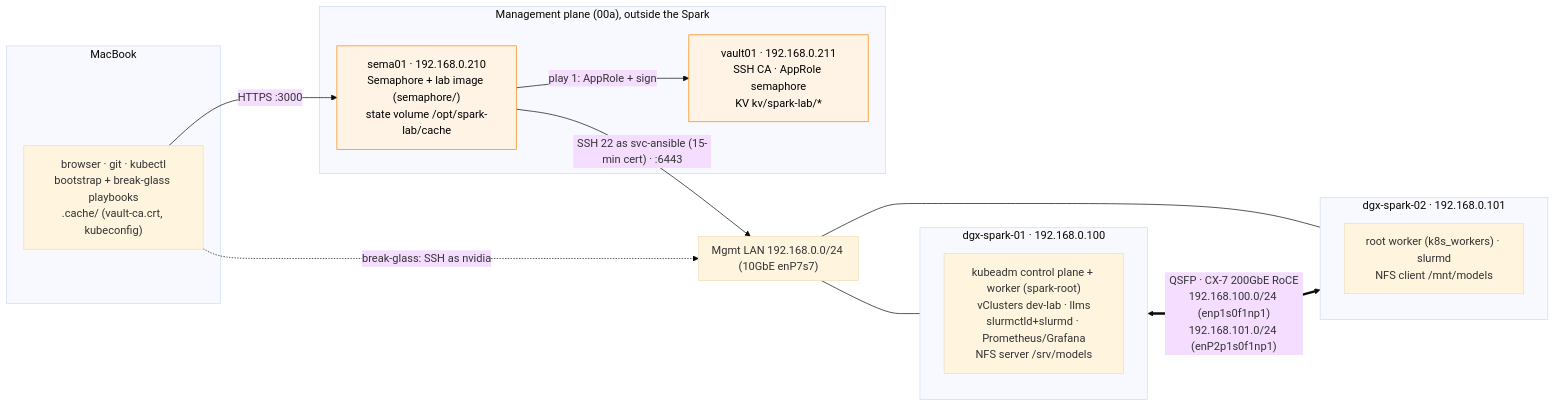
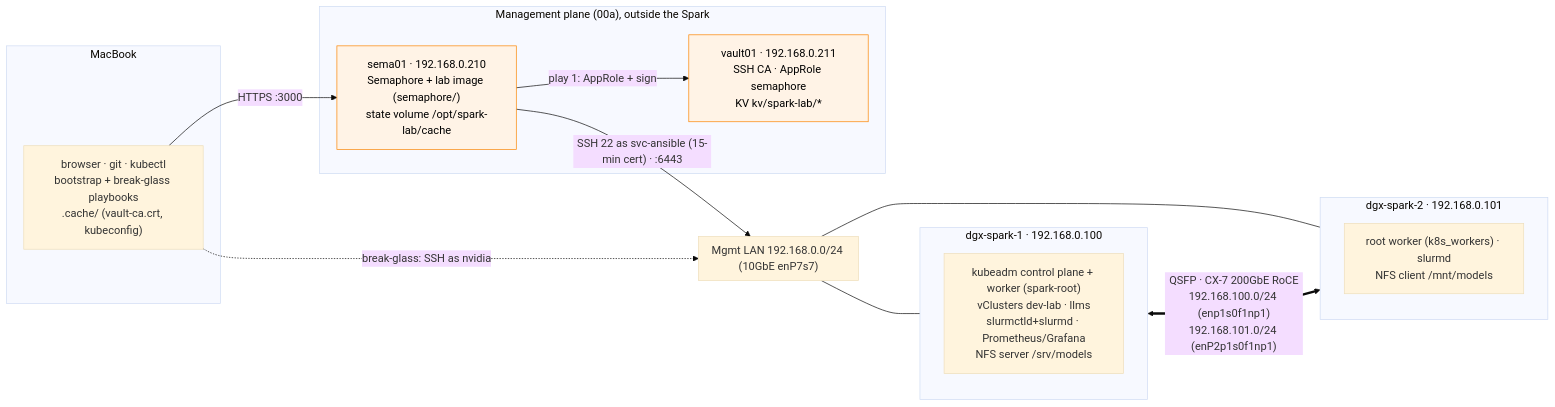
The diagram in 01 Ansible/lab/README.md (cloudone365/technical-depth), drawn with Mermaid (base theme) before and after one commit. The commit also changed other lines of this file and 91 other files, not shown here.

First line of the commit message:
Rename the Spark hosts to dgx-spark-1 / dgx-spark-2

````diff
--- a/01 Ansible/lab/README.md
+++ b/01 Ansible/lab/README.md
@@ -74,27 +74,27 @@
 ```mermaid
 flowchart LR
   subgraph MAC["MacBook"]
     A["browser · git · kubectl<br/>bootstrap + break-glass playbooks<br/>.cache/ (vault-ca.crt, kubeconfig)"]
   end
   subgraph MP["Management plane (00a), outside the Spark"]
     SEMA["sema01 · 192.168.0.210<br/>Semaphore + lab image (semaphore/)<br/>state volume /opt/spark-lab/cache"]
     VAULT["vault01 · 192.168.0.211<br/>SSH CA · AppRole semaphore<br/>KV kv/spark-lab/*"]
   end
   subgraph MGMT["Mgmt LAN 192.168.0.0/24 (10GbE enP7s7)"]
   end
-  subgraph S1["dgx-spark-01 · 192.168.0.100"]
+  subgraph S1["dgx-spark-1 · 192.168.0.100"]
     S1a["kubeadm control plane + worker (spark-root)<br/>vClusters dev-lab · llms<br/>slurmctld+slurmd · Prometheus/Grafana<br/>NFS server /srv/models"]
   end
-  subgraph S2["dgx-spark-02 · 192.168.0.101"]
+  subgraph S2["dgx-spark-2 · 192.168.0.101"]
     S2a["root worker (k8s_workers) · slurmd<br/>NFS client /mnt/models"]
   end
   A -- "HTTPS :3000" --> SEMA
   SEMA -- "play 1: AppRole + sign" --> VAULT
   SEMA -- "SSH 22 as svc-ansible (15-min cert) · :6443" --> MGMT
   A -. "break-glass: SSH as nvidia" .-> MGMT
   MGMT --- S1
   MGMT --- S2
   S1 <== "QSFP · CX-7 200GbE RoCE<br/>192.168.100.0/24 (enp1s0f1np1)<br/>192.168.101.0/24 (enP2p1s0f1np1)" ==> S2
   classDef mgmt fill:#fff3e6,stroke:#fb8500,color:#000
   class SEMA,VAULT mgmt
 ```
````
